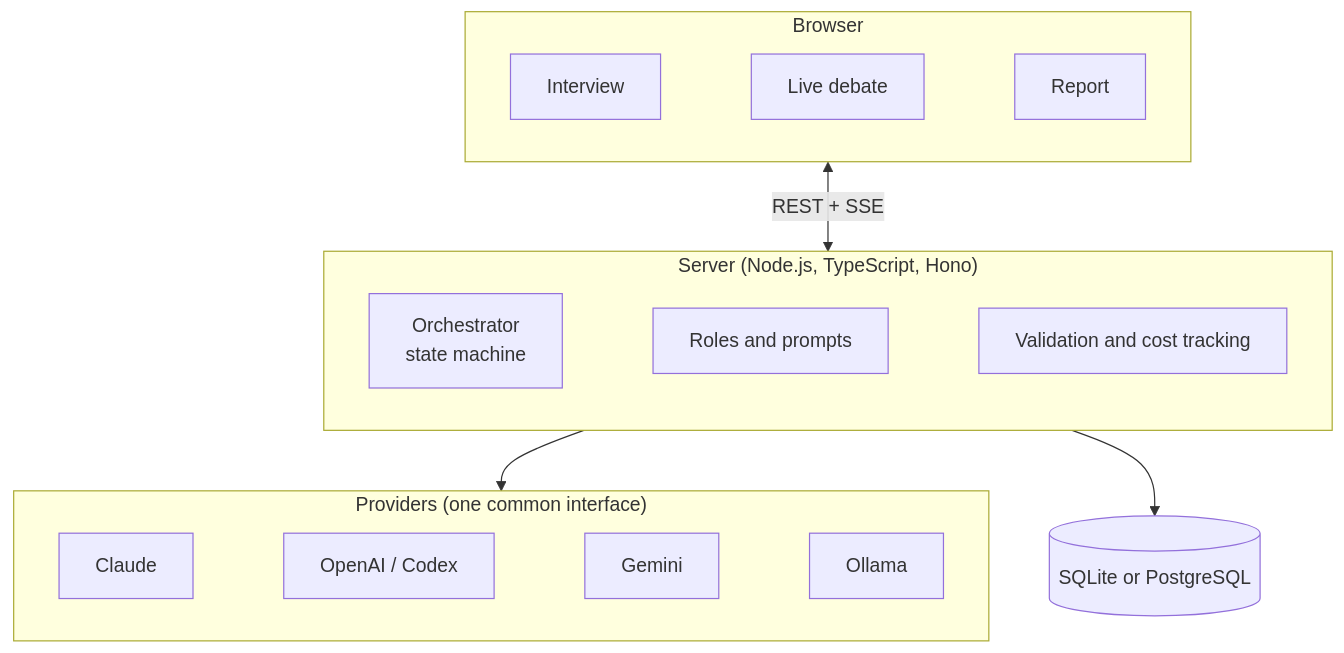
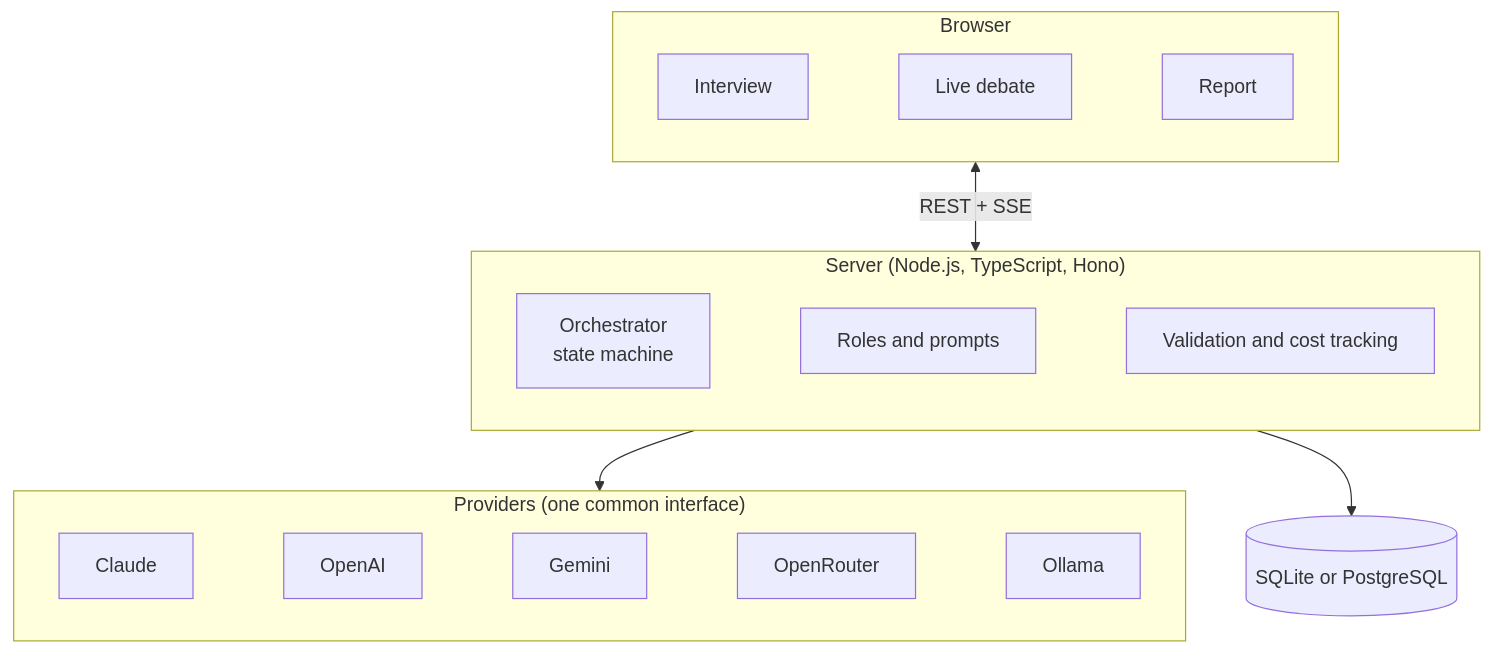
The second of 2 diagrams in README.md (quorumind/quorumind), drawn with Mermaid before and after one commit. The commit also changed other lines of this file, not shown here.

````diff
--- a/README.md
+++ b/README.md
@@ -196,15 +204,15 @@
 ```mermaid
 flowchart TB
     subgraph Browser
         Q[Interview] ~~~ L[Live debate] ~~~ R[Report]
     end
     subgraph Server["Server (Node.js, TypeScript, Hono)"]
         O[Orchestrator<br/>state machine] ~~~ P[Roles and prompts] ~~~ V[Validation and cost tracking]
     end
     subgraph Providers["Providers (one common interface)"]
-        C1[Claude] ~~~ C2[OpenAI / Codex] ~~~ C3[Gemini] ~~~ C4[Ollama]
+        C1[Claude] ~~~ C2[OpenAI] ~~~ C3[Gemini] ~~~ C5[OpenRouter] ~~~ C4[Ollama]
     end
     Browser <-->|REST + SSE| Server
     Server --> Providers
     Server --> DB[(SQLite or PostgreSQL)]
 ```
````
